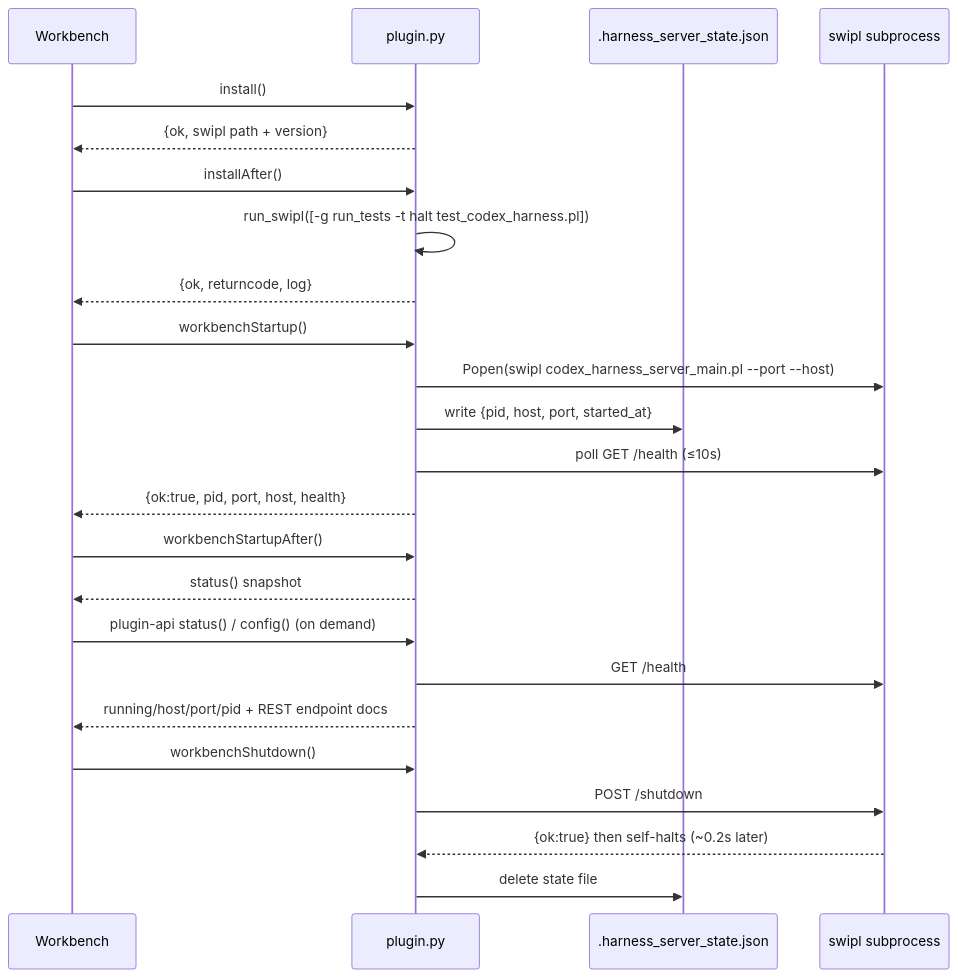
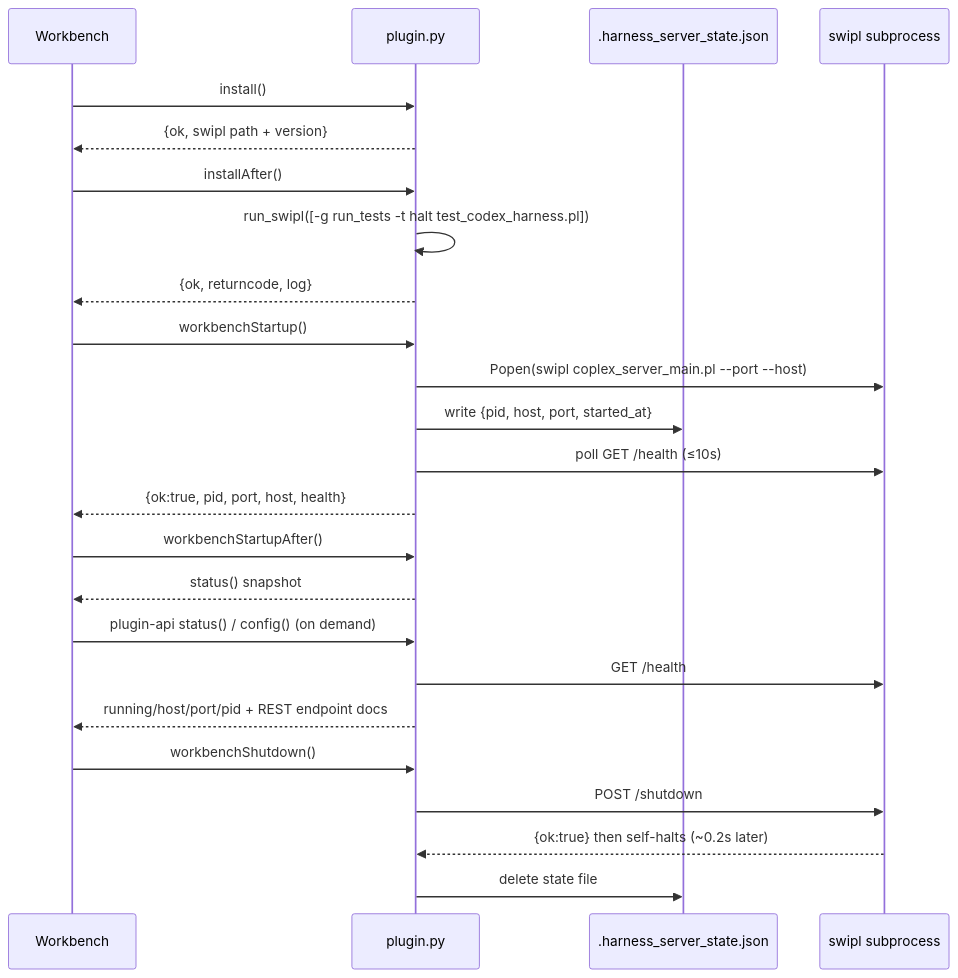
One commit to logicmoo/coplex changed the diagram in docs/05-plugin-integration.md. Above: the diagram before and after it, drawn with Mermaid. The commit also changed other lines of this file and 19 other files, not shown here.

````diff
--- a/docs/05-plugin-integration.md
+++ b/docs/05-plugin-integration.md
@@ -12,30 +12,30 @@
 ```mermaid
 sequenceDiagram
     participant Host as Workbench
     participant Py as plugin.py
     participant State as .harness_server_state.json
     participant SW as swipl subprocess
 
     Host->>Py: install()
     Py-->>Host: {ok, swipl path + version}
     Host->>Py: installAfter()
     Py->>Py: run_swipl([-g run_tests -t halt test_codex_harness.pl])
     Py-->>Host: {ok, returncode, log}
 
     Host->>Py: workbenchStartup()
-    Py->>SW: Popen(swipl codex_harness_server_main.pl --port --host)
+    Py->>SW: Popen(swipl coplex_server_main.pl --port --host)
     Py->>State: write {pid, host, port, started_at}
     Py->>SW: poll GET /health (≤10s)
     Py-->>Host: {ok:true, pid, port, host, health}
     Host->>Py: workbenchStartupAfter()
     Py-->>Host: status() snapshot
 
     Host->>Py: plugin-api status() / config() (on demand)
     Py->>SW: GET /health
     Py-->>Host: running/host/port/pid + REST endpoint docs
 
     Host->>Py: workbenchShutdown()
     Py->>SW: POST /shutdown
     SW-->>Py: {ok:true} then self-halts (~0.2s later)
     Py->>State: delete state file
 ```
````
